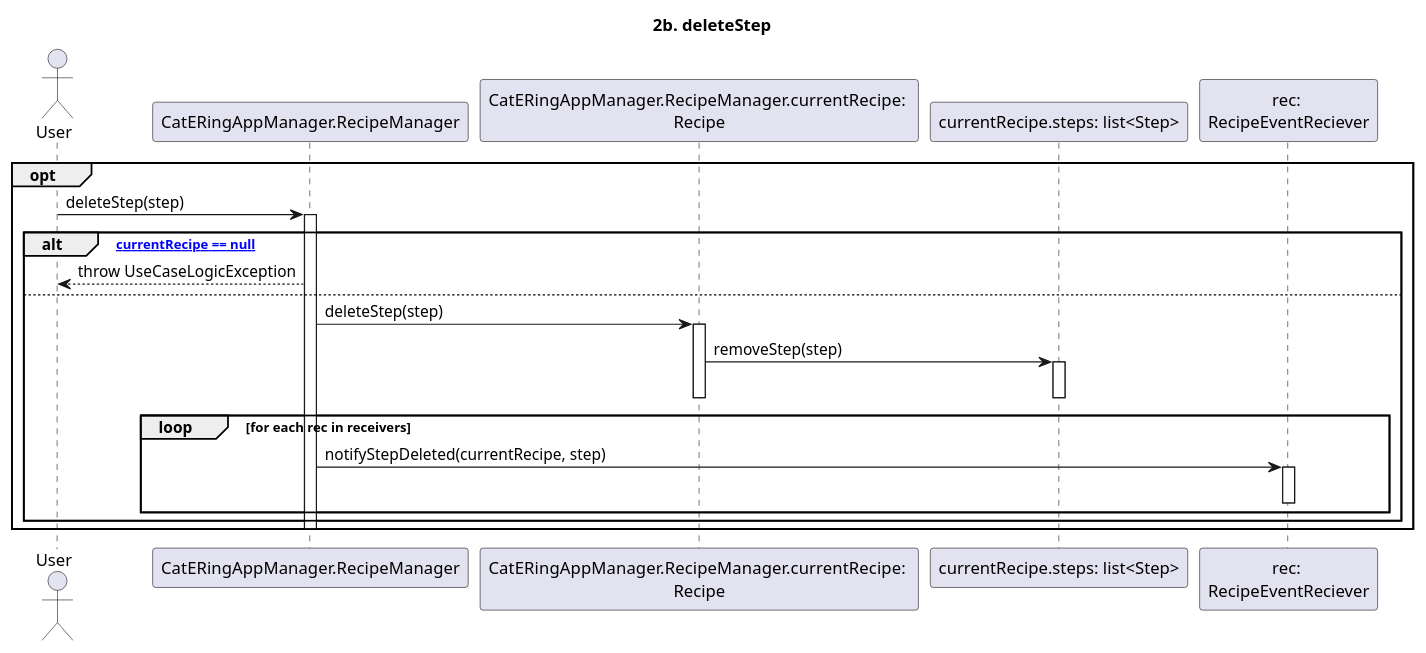
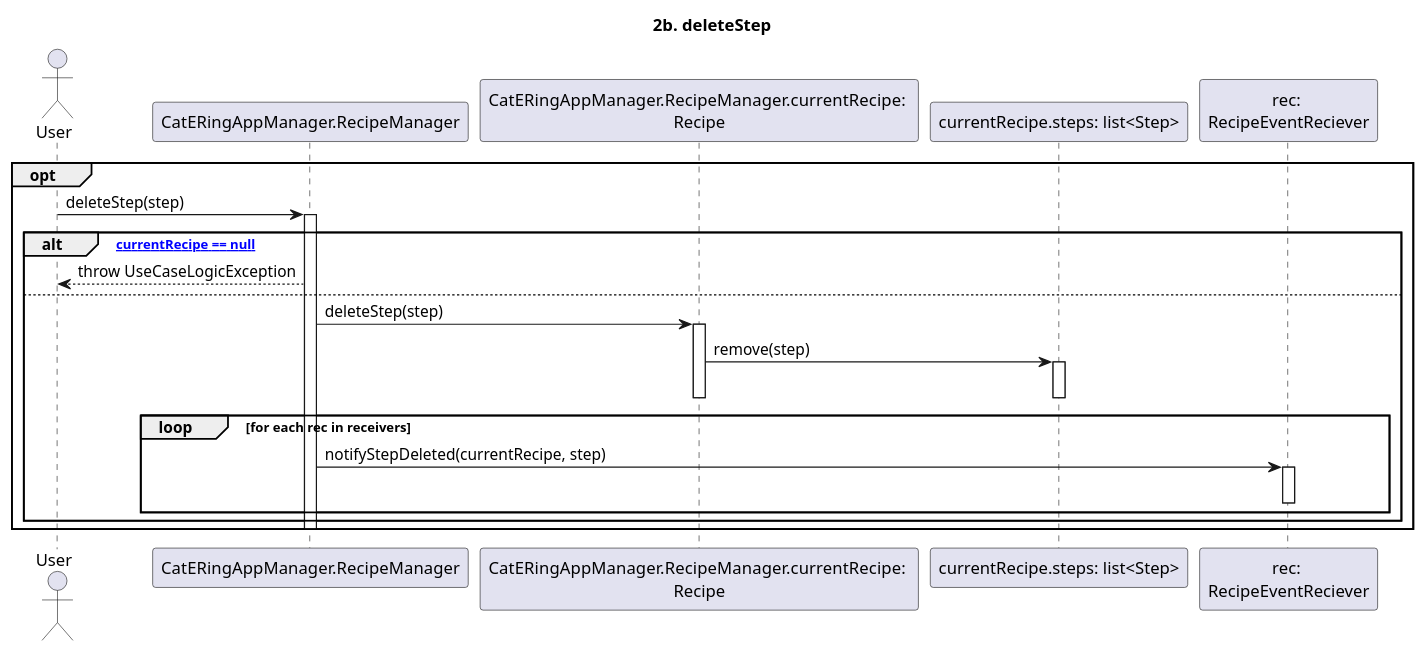
One commit to m0canu1/sas changed the diagram in dsd/dsd-ricette/estensioni/2b-deleteStep.md. Above: the diagram before and after it, drawn with PlantUML. The commit also changed 14 other files, not shown here.

````diff
--- a/dsd/dsd-ricette/estensioni/2b-deleteStep.md
+++ b/dsd/dsd-ricette/estensioni/2b-deleteStep.md
@@ -1,32 +1,32 @@
 ```plantuml
 
 title: 2b. deleteStep
 
 Actor User
 Participant "CatERingAppManager.RecipeManager" as RM
 Participant "CatERingAppManager.RecipeManager.currentRecipe: \nRecipe" as CR
 Participant "currentRecipe.steps: list<Step>" as CS
 Participant "rec: \nRecipeEventReciever" as RER
 
 opt
     User -> RM: deleteStep(step)
     Activate RM
     alt ["currentRecipe == null"]
         RM --> User: throw UseCaseLogicException
     else
         RM -> CR: deleteStep(step)
         Activate CR
-        CR -> CS: removeStep(step)
+        CR -> CS: remove(step)
         Activate CS
         Deactivate CS
         Deactivate CR
         loop for each rec in receivers
       		RM -> RER: notifyStepDeleted(currentRecipe, step)
           activate RER
           deactivate RER
       	end
     end
     Deactivate RM
 end
 
 ```
````
